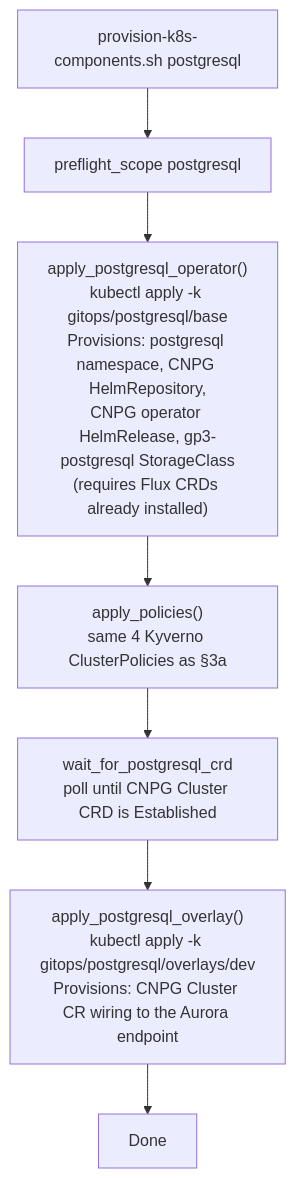
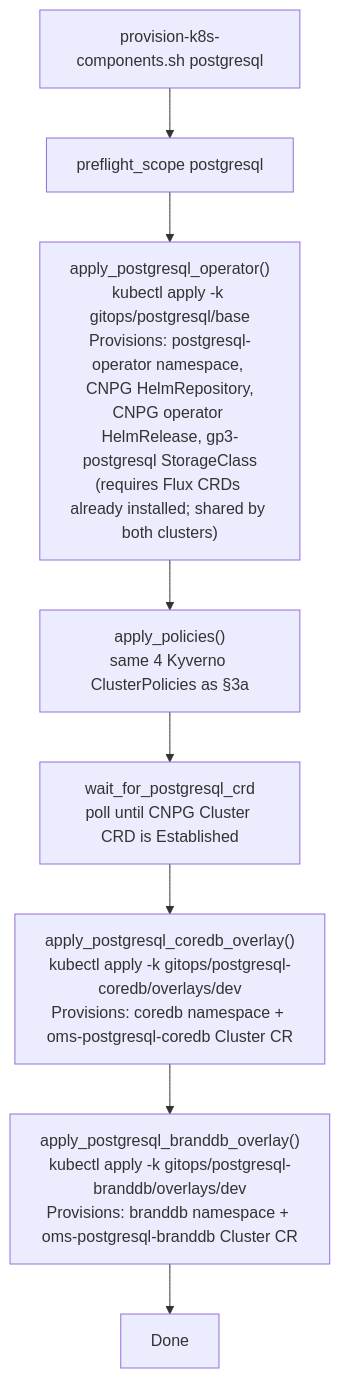
Before and after one commit to sml-global/mongodb: the fourth of 12 diagrams in docs/references/provisioning-flows-and-infra-diagrams.md, drawn with Mermaid. The commit also changed other lines of this file and 42 other files, not shown here.

````diff
--- a/docs/references/provisioning-flows-and-infra-diagrams.md
+++ b/docs/references/provisioning-flows-and-infra-diagrams.md
@@ -162,9 +165,10 @@
 ```mermaid
 flowchart TD
   A["provision-k8s-components.sh postgresql"] --> B[preflight_scope postgresql]
-  B --> C["apply_postgresql_operator()<br/>kubectl apply -k gitops/postgresql/base<br/>Provisions: postgresql namespace, CNPG HelmRepository,<br/>CNPG operator HelmRelease, gp3-postgresql StorageClass<br/>(requires Flux CRDs already installed)"]
+  B --> C["apply_postgresql_operator()<br/>kubectl apply -k gitops/postgresql/base<br/>Provisions: postgresql-operator namespace, CNPG HelmRepository,<br/>CNPG operator HelmRelease, gp3-postgresql StorageClass<br/>(requires Flux CRDs already installed; shared by both clusters)"]
   C --> D["apply_policies()<br/>same 4 Kyverno ClusterPolicies as §3a"]
   D --> E["wait_for_postgresql_crd<br/>poll until CNPG Cluster CRD is Established"]
-  E --> F["apply_postgresql_overlay()<br/>kubectl apply -k gitops/postgresql/overlays/dev<br/>Provisions: CNPG Cluster CR wiring to the Aurora endpoint"]
-  F --> G[Done]
+  E --> F["apply_postgresql_coredb_overlay()<br/>kubectl apply -k gitops/postgresql-coredb/overlays/dev<br/>Provisions: coredb namespace + oms-postgresql-coredb Cluster CR"]
+  F --> G["apply_postgresql_branddb_overlay()<br/>kubectl apply -k gitops/postgresql-branddb/overlays/dev<br/>Provisions: branddb namespace + oms-postgresql-branddb Cluster CR"]
+  G --> H[Done]
 ```
````
